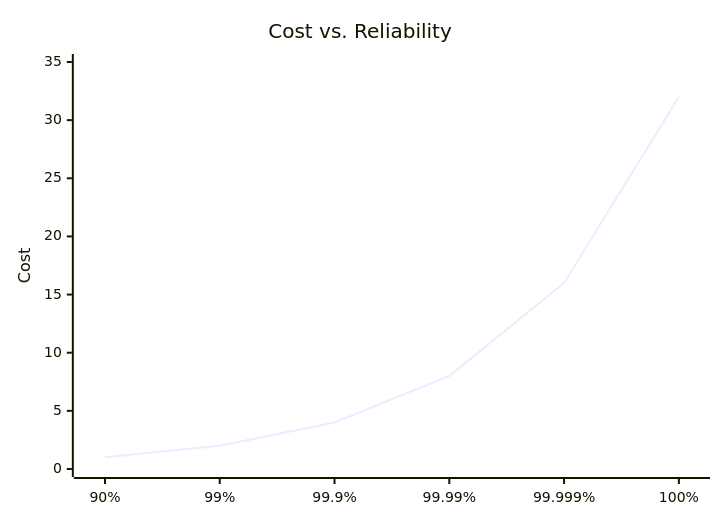
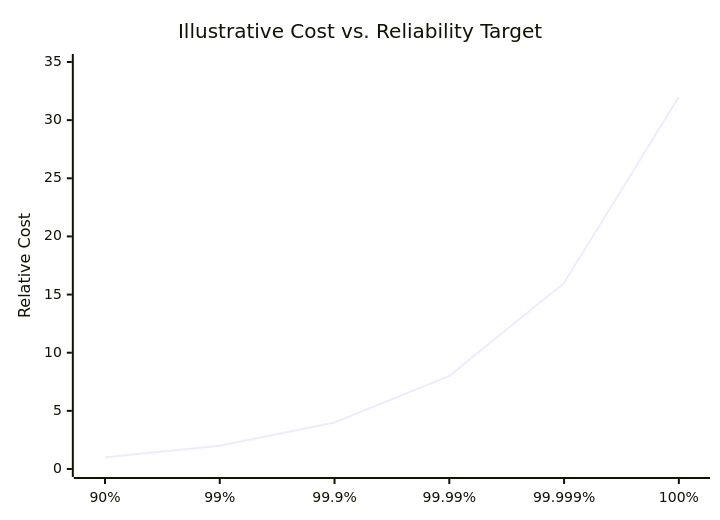
One commit to kube-dojo/kube-dojo changed the eighth of 9 diagrams in src/content/docs/platform/foundations/reliability-engineering/module-2.1-what-is-reliability.md. Above: the diagram before and after it, drawn with Mermaid. The commit also changed other lines of this file and 4 other files, not shown here.

````diff
--- a/src/content/docs/platform/foundations/reliability-engineering/module-2.1-what-is-reliability.md
+++ b/src/content/docs/platform/foundations/reliability-engineering/module-2.1-what-is-reliability.md
@@ -735,7 +342,7 @@
 ```mermaid
 xychart-beta
-    title "Cost vs. Reliability"
+    title "Illustrative Cost vs. Reliability Target"
     x-axis ["90%", "99%", "99.9%", "99.99%", "99.999%", "100%"]
-    y-axis "Cost" 0 --> 35
+    y-axis "Relative Cost" 0 --> 35
     line [1, 2, 4, 8, 16, 32]
 ```
````
